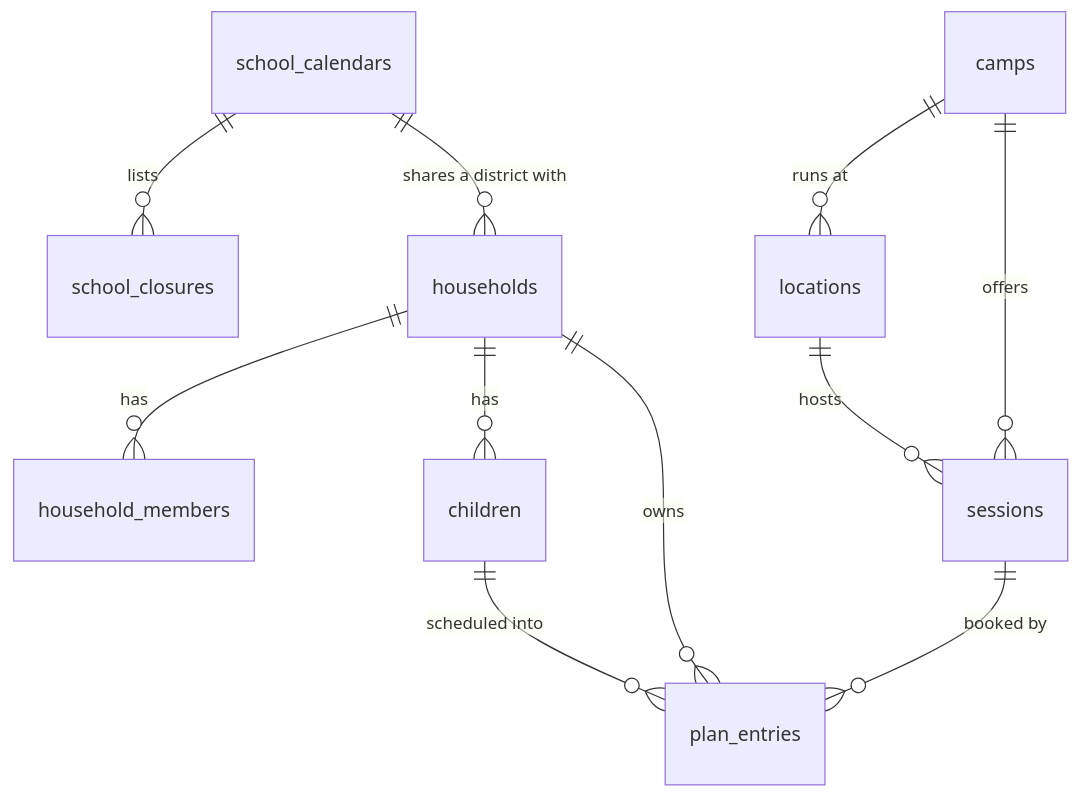
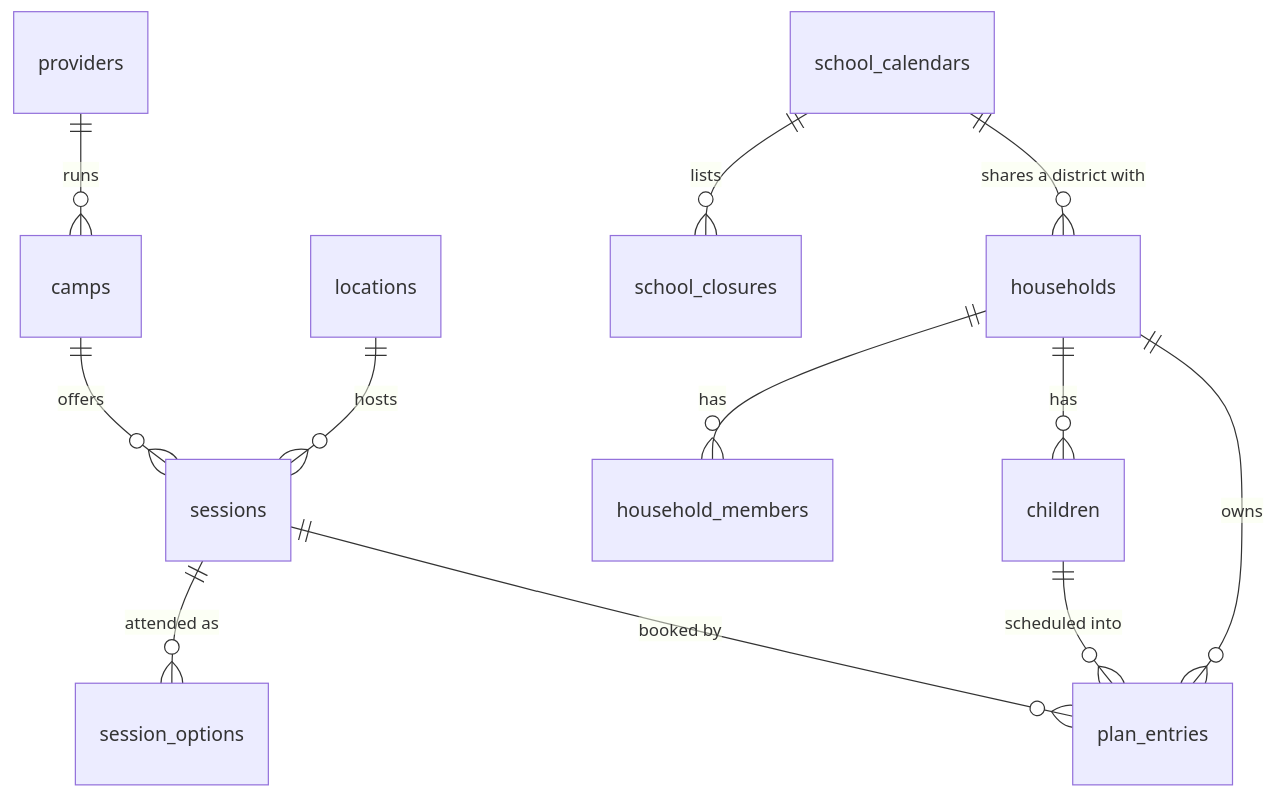
The diagram in docs/ARCHITECTURE.md (VTHoop/campout), drawn with Mermaid before and after one commit. The commit also changed other lines of this file and 15 other files, not shown here.

First line of the commit message:
Catalog shape: provider → camp → session, time options, shared locations, details, search (CAM-27, PR 1 of 2) (#22)

````diff
--- a/docs/ARCHITECTURE.md
+++ b/docs/ARCHITECTURE.md
@@ -36,13 +38,14 @@
 ```mermaid
 erDiagram
-    camps ||--o{ locations : "runs at"
+    providers ||--o{ camps : runs
     camps ||--o{ sessions : offers
     locations ||--o{ sessions : hosts
+    sessions ||--o{ session_options : "attended as"
     households ||--o{ household_members : "has"
     households ||--o{ children : "has"
     households ||--o{ plan_entries : owns
     children ||--o{ plan_entries : "scheduled into"
     sessions ||--o{ plan_entries : "booked by"
     school_calendars ||--o{ school_closures : "lists"
     school_calendars ||--o{ households : "shares a district with"
 ```
````
